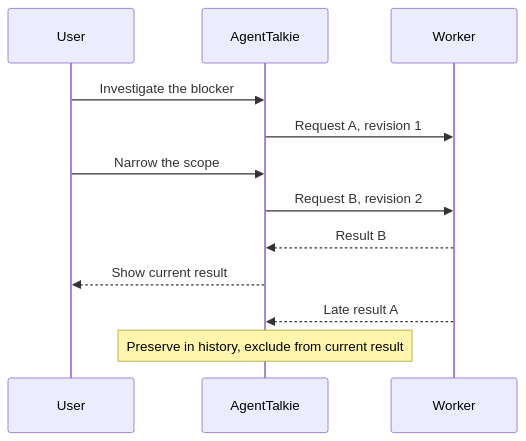
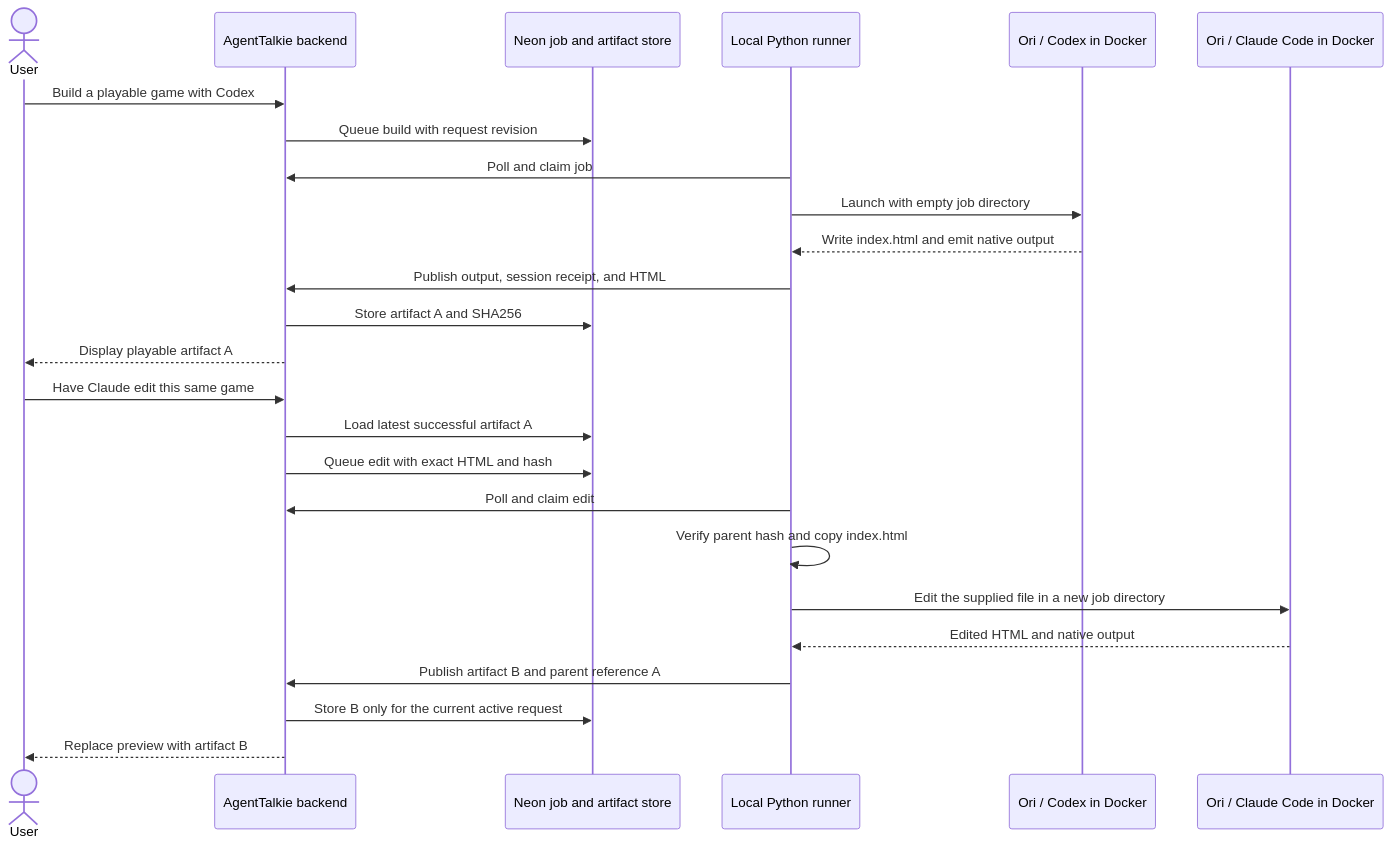
Before and after one commit to benikigai/agenttalkie: the second of 2 diagrams in docs/architecture.md, drawn with Mermaid. The commit also changed other lines of this file and 2 other files, not shown here.

Commit message:
Document the live demo, toolsets, and execution architecture

````diff
--- a/docs/architecture.md
+++ b/docs/architecture.md
@@ -50,14 +54,27 @@
 ```mermaid
 sequenceDiagram
-  participant User
-  participant App as AgentTalkie
-  participant Worker
-  User->>App: Investigate the blocker
-  App->>Worker: Request A, revision 1
-  User->>App: Narrow the scope
-  App->>Worker: Request B, revision 2
-  Worker-->>App: Result B
-  App-->>User: Show current result
-  Worker-->>App: Late result A
-  Note over App: Preserve in history, exclude from current result
+  actor User
+  participant App as AgentTalkie backend
+  participant DB as Neon job and artifact store
+  participant Runner as Local Python runner
+  participant Codex as Ori / Codex in Docker
+  participant Claude as Ori / Claude Code in Docker
+  User->>App: Build a playable game with Codex
+  App->>DB: Queue build with request revision
+  Runner->>App: Poll and claim job
+  Runner->>Codex: Launch with empty job directory
+  Codex-->>Runner: Write index.html and emit native output
+  Runner->>App: Publish output, session receipt, and HTML
+  App->>DB: Store artifact A and SHA256
+  App-->>User: Display playable artifact A
+  User->>App: Have Claude edit this same game
+  App->>DB: Load latest successful artifact A
+  App->>DB: Queue edit with exact HTML and hash
+  Runner->>App: Poll and claim edit
+  Runner->>Runner: Verify parent hash and copy index.html
+  Runner->>Claude: Edit the supplied file in a new job directory
+  Claude-->>Runner: Edited HTML and native output
+  Runner->>App: Publish artifact B and parent reference A
+  App->>DB: Store B only for the current active request
+  App-->>User: Replace preview with artifact B
 ```
````
